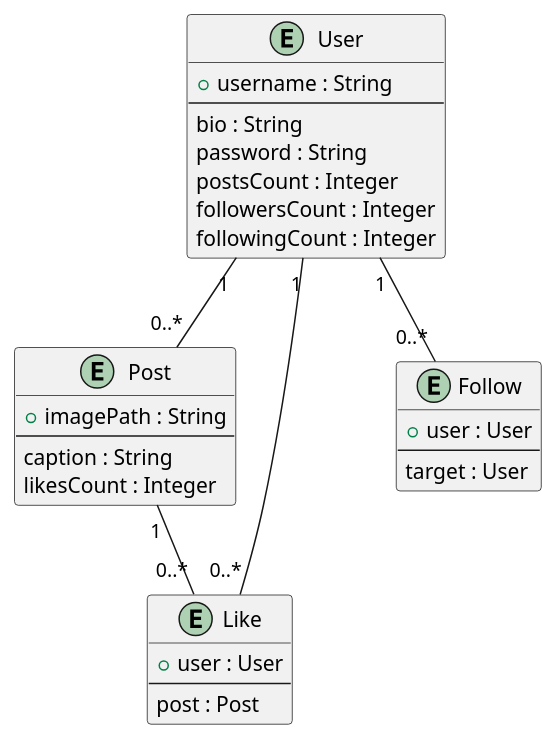
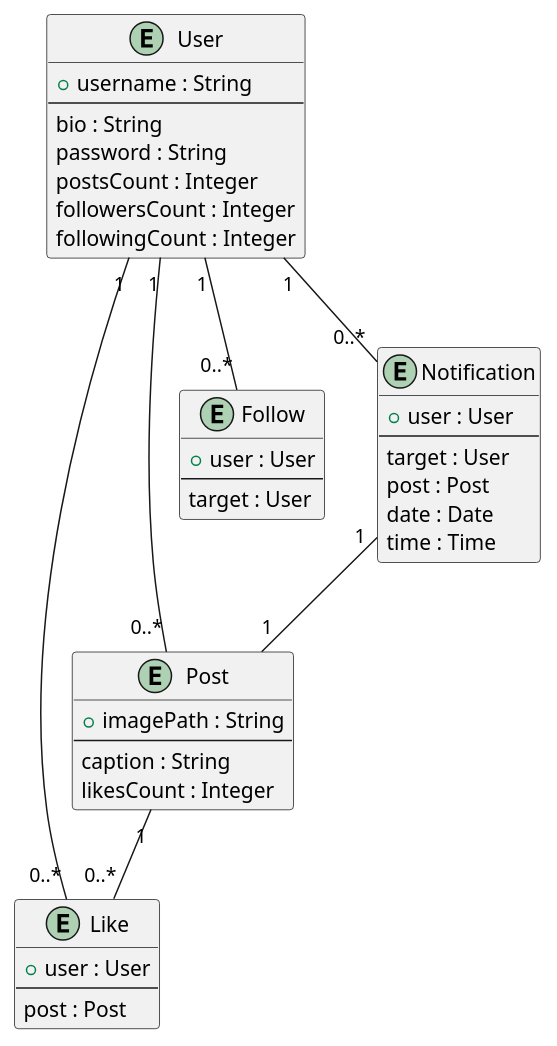
Before and after one commit to MaxGurbanli/Quackstagram: the diagram in test.puml, drawn with PlantUML.

Commit message:
Update puml

```diff
--- a/test.puml
+++ b/test.puml
@@ -1,35 +1,46 @@
 @startuml QuackstagramERD
 entity "User" as user {
   + username : String
   --
   bio : String
   password : String
   postsCount : Integer
   followersCount : Integer
   followingCount : Integer
 }
 
 entity "Post" as post {
   + imagePath : String
   --
   caption : String
   likesCount : Integer
 }
 
 entity "Like" as like {
   + user : User
   --
   post : Post
 }
 
 entity "Follow" as follow {
   + user : User
   --
   target : User
 }
 
+entity "Notification" as notification {
+  + user : User
+  --
+  target : User
+  post : Post
+  date : Date
+  time : Time
+}
+
 user "1" -- "0..*" post
 user "1" -- "0..*" like
 user "1" -- "0..*" follow
+user "1" -- "0..*" notification
+notification "1" -- "1" post
 post "1" -- "0..*" like
 @enduml
```
